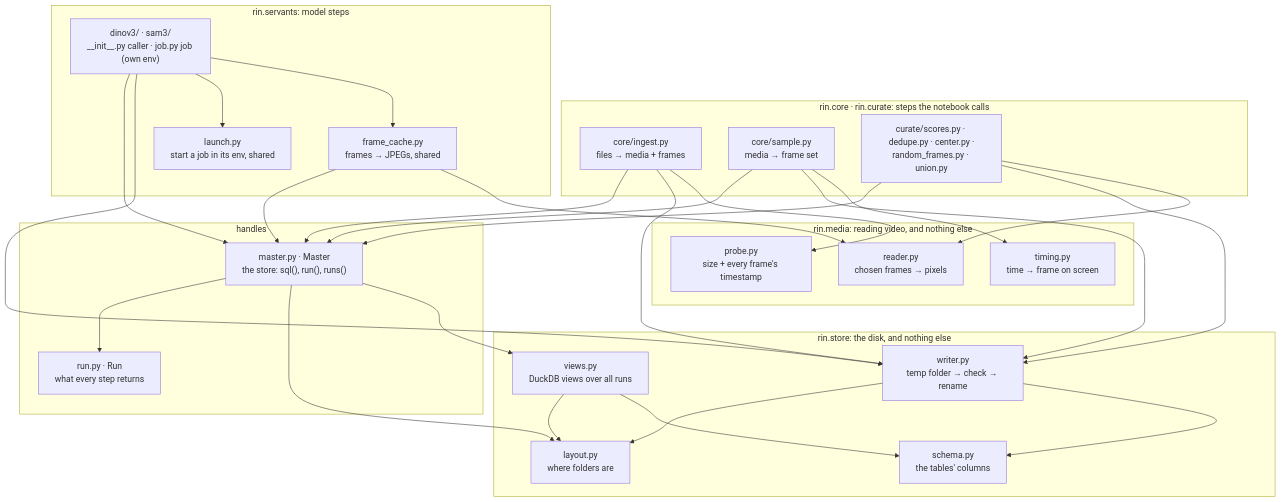
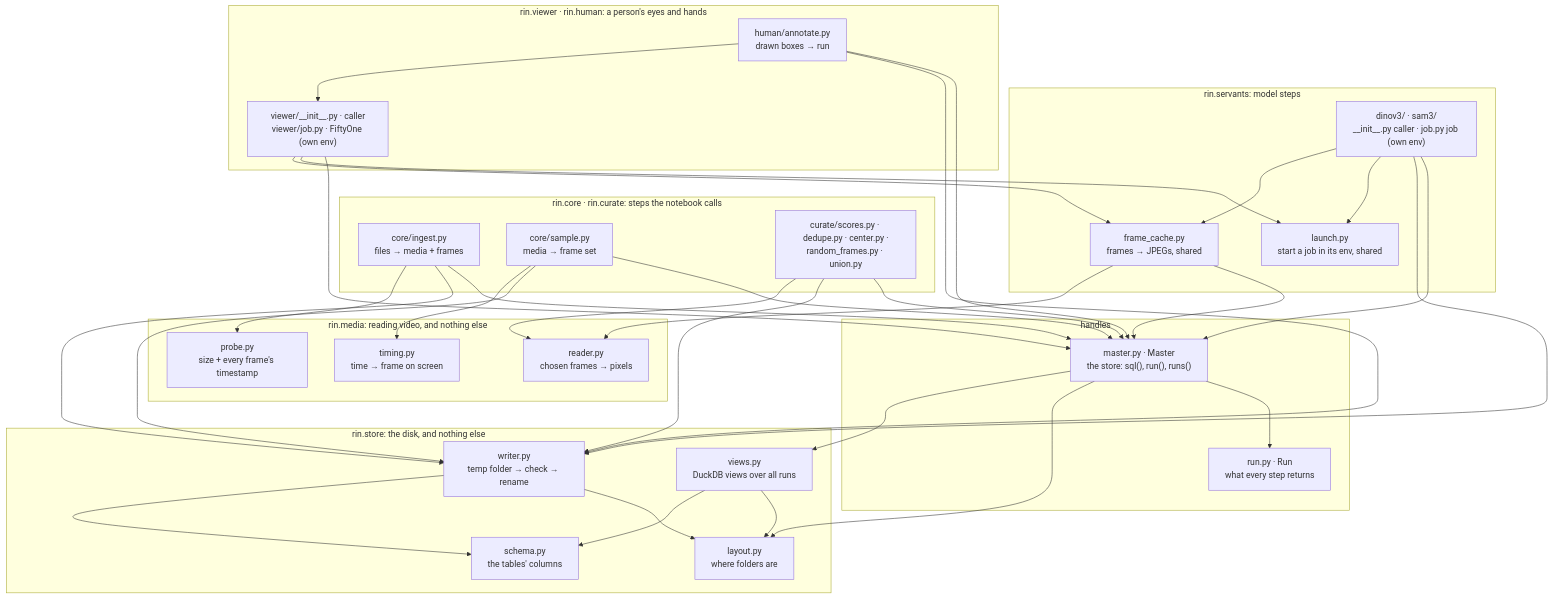
The diagram in docs/core.md (cupcakes04/Rin), drawn with Mermaid before and after one commit. The commit also changed other lines of this file and 18 other files, not shown here.

````diff
--- a/docs/core.md
+++ b/docs/core.md
@@ -86,37 +88,43 @@
 ```mermaid
 flowchart TB
     subgraph steps["rin.core · rin.curate: steps the notebook calls"]
       ING["core/ingest.py<br/>files → media + frames"]
       SAM["core/sample.py<br/>media → frame set"]
       CUR["curate/scores.py · dedupe.py · center.py ·<br/>random_frames.py · union.py"]
     end
     subgraph servants["rin.servants: model steps"]
       DIN["dinov3/ · sam3/<br/>__init__.py caller · job.py job (own env)"]
       FC["frame_cache.py<br/>frames → JPEGs, shared"]
       LAU["launch.py<br/>start a job in its env, shared"]
+    end
+    subgraph people["rin.viewer · rin.human: a person's eyes and hands"]
+      VW["viewer/__init__.py · caller<br/>viewer/job.py · FiftyOne (own env)"]
+      HU["human/annotate.py<br/>drawn boxes → run"]
     end
     subgraph handles["handles"]
       MAS["master.py · Master<br/>the store: sql(), run(), runs()"]
       RUN["run.py · Run<br/>what every step returns"]
     end
     subgraph store["rin.store: the disk, and nothing else"]
       LAY["layout.py<br/>where folders are"]
       SCH["schema.py<br/>the tables' columns"]
       WRI["writer.py<br/>temp folder → check → rename"]
       VIE["views.py<br/>DuckDB views over all runs"]
     end
     subgraph media["rin.media: reading video, and nothing else"]
       PRO["probe.py<br/>size + every frame's timestamp"]
       TIM["timing.py<br/>time → frame on screen"]
       REA["reader.py<br/>chosen frames → pixels"]
     end
     ING --> PRO & WRI & MAS
     SAM --> TIM & WRI & MAS
     CUR --> REA & WRI & MAS
     DIN --> FC & LAU & WRI & MAS
+    VW --> FC & LAU & MAS
+    HU --> VW & WRI & MAS
     FC --> REA & MAS
     MAS --> VIE & LAY
     MAS --> RUN
     WRI --> SCH & LAY
     VIE --> SCH & LAY
 ```
````
